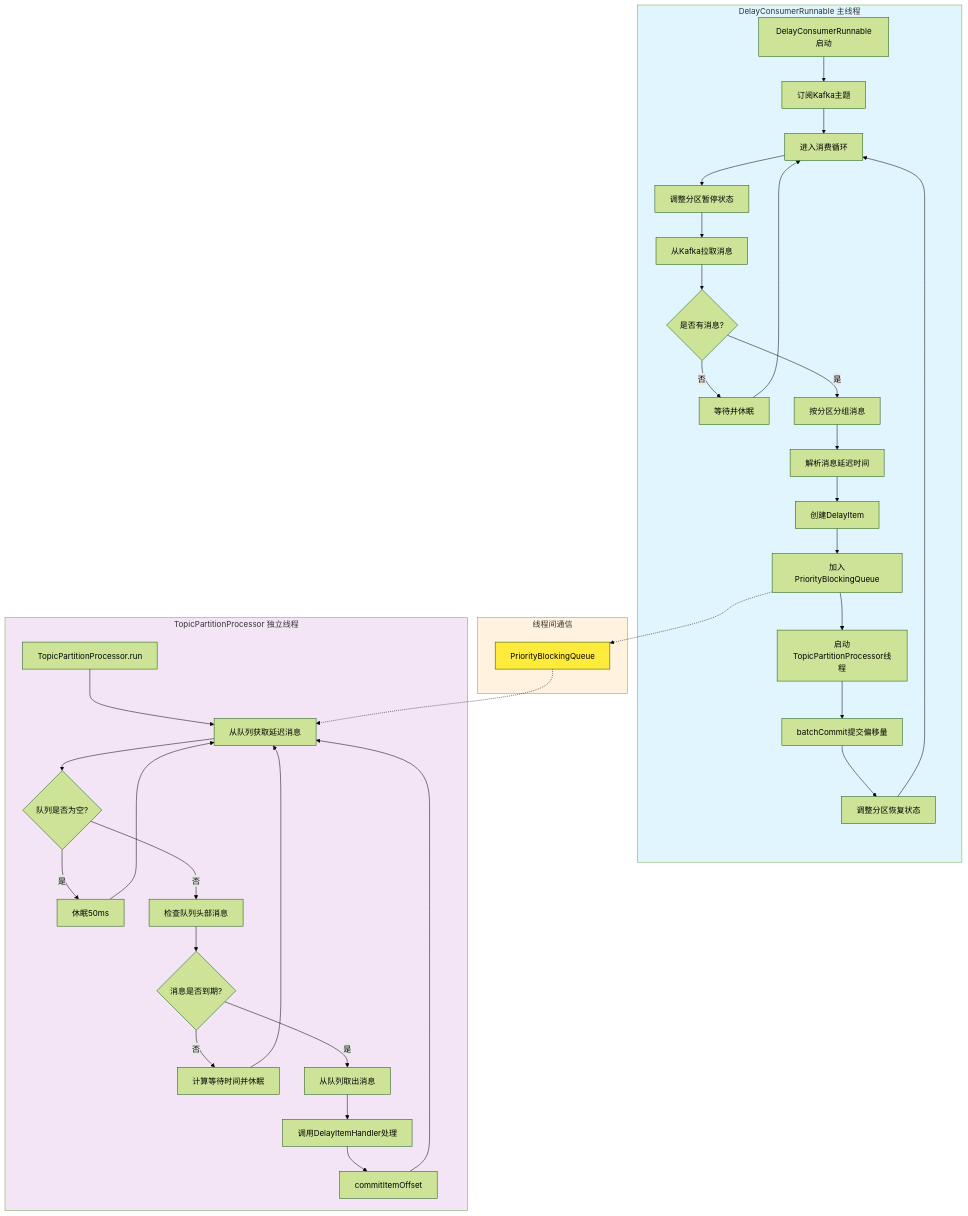
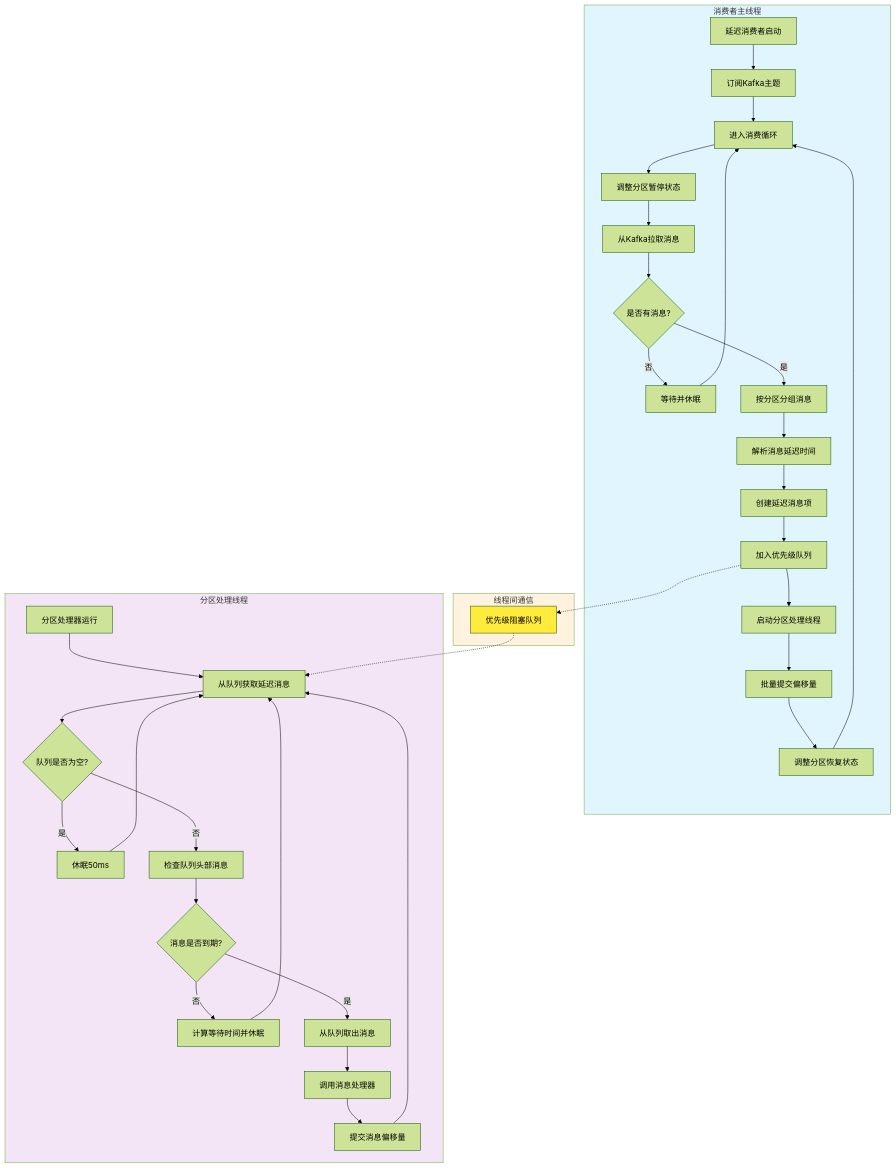
One commit to xiajuan96/d2k changed the diagram in README.md. Above: the diagram before and after it, drawn with Mermaid (forest theme). The commit also changed other lines of this file, not shown here.

Commit message:
1.0.1-SNAPSHOT update README

````diff
--- a/README.md
+++ b/README.md
@@ -72,47 +72,47 @@
 ```mermaid
 flowchart TD
-    subgraph DCR ["DelayConsumerRunnable 主线程"]
-        A[DelayConsumerRunnable启动] --> B[订阅Kafka主题]
+    subgraph DCR ["消费者主线程"]
+        A[延迟消费者启动] --> B[订阅Kafka主题]
         B --> C[进入消费循环]
         C --> D[调整分区暂停状态]
         D --> E[从Kafka拉取消息]
         E --> F{是否有消息?}
         F -->|否| G[等待并休眠]
         F -->|是| H[按分区分组消息]
         H --> I[解析消息延迟时间]
-        I --> J[创建DelayItem]
-        J --> K[加入PriorityBlockingQueue]
-        K --> L[启动TopicPartitionProcessor线程]
-        L --> M[batchCommit提交偏移量]
+        I --> J[创建延迟消息项]
+        J --> K[加入优先级队列]
+        K --> L[启动分区处理线程]
+        L --> M[批量提交偏移量]
         M --> N[调整分区恢复状态]
         N --> C
         G --> C
     end
     
     subgraph Queue ["线程间通信"]
-        Q[PriorityBlockingQueue<DelayItem>]
+        Q[优先级阻塞队列]
     end
     
-    subgraph TPP ["TopicPartitionProcessor 独立线程"]
-         O[TopicPartitionProcessor.run] --> P[从队列获取延迟消息]
+    subgraph TPP ["分区处理线程"]
+         O[分区处理器运行] --> P[从队列获取延迟消息]
          P --> R{队列是否为空?}
          R -->|是| S[休眠50ms]
          R -->|否| T[检查队列头部消息]
          T --> U{消息是否到期?}
          U -->|否| V[计算等待时间并休眠]
          U -->|是| W[从队列取出消息]
-         W --> X[调用DelayItemHandler处理]
-         X --> Y[commitItemOffset]
+         W --> X[调用消息处理器]
+         X --> Y[提交消息偏移量]
          Y --> P
          S --> P
          V --> P
      end
     
     K -.-> Q
     Q -.-> P
     
     style DCR fill:#e1f5fe
     style TPP fill:#f3e5f5
     style Queue fill:#fff3e0
     style Q fill:#ffeb3b
 ```
````
